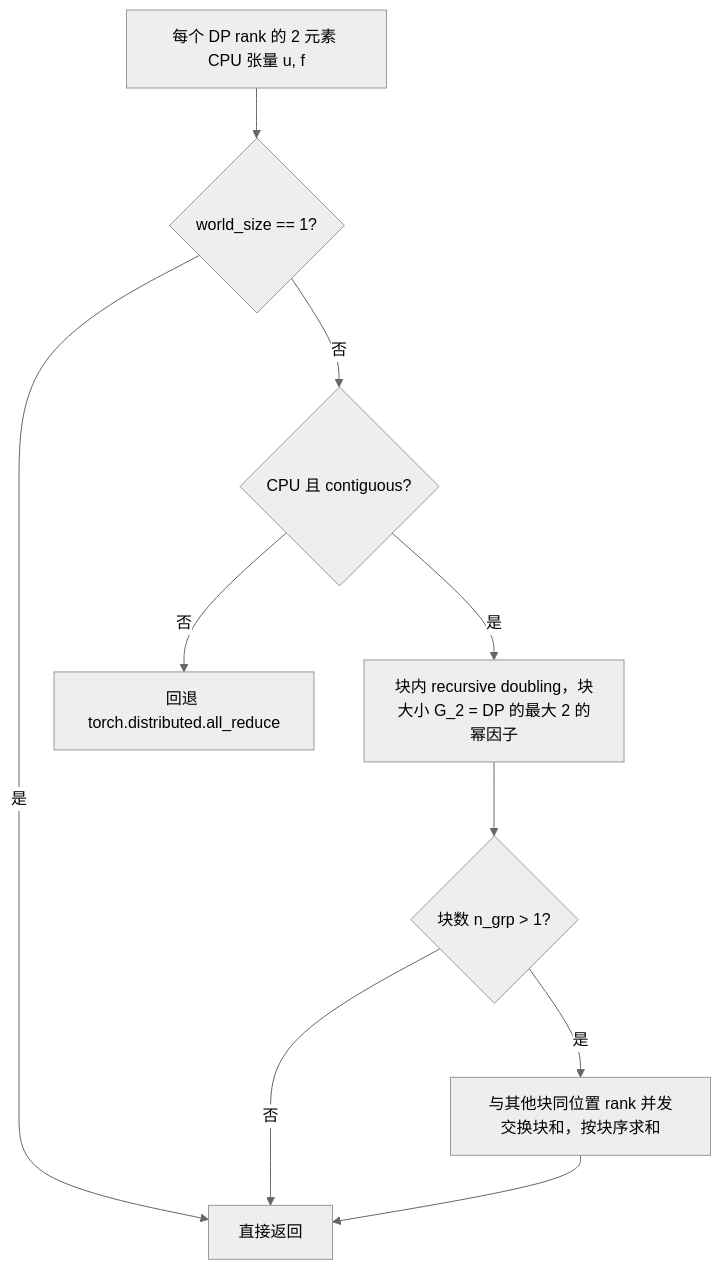
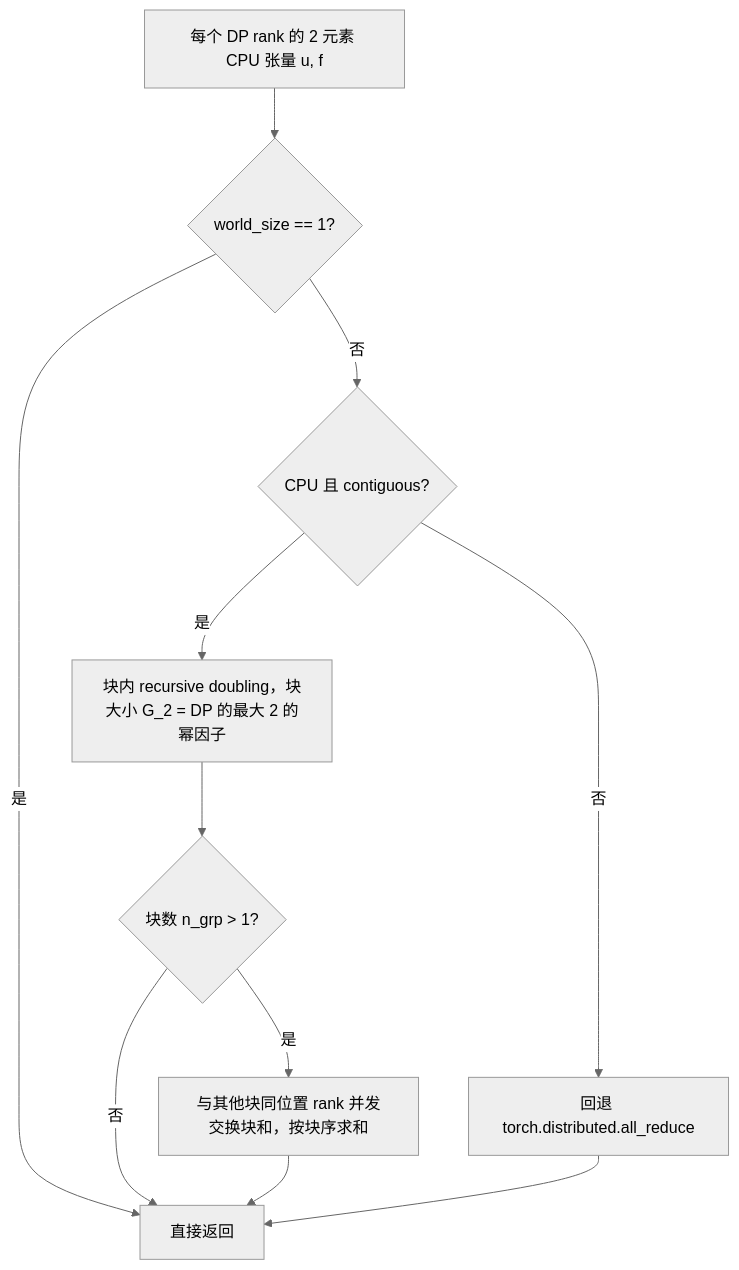
Before and after one commit to cluster1900/vllm_reader: diagram 20 of 37 in book/09-distributed/README.md, drawn with Mermaid (neutral theme). The commit also changed other lines of this file, not shown here.

First line of the commit message:
docs(ch09): B7a r2 — PCP 决策表组合限制、读图方法与源码记法校对

````diff
--- a/book/09-distributed/README.md
+++ b/book/09-distributed/README.md
@@ -1421,12 +1421,13 @@
 ```mermaid
 flowchart TD
     A[每个 DP rank 的 2 元素 CPU 张量 u, f] --> B{world_size == 1?}
     B -->|是| Z[直接返回]
     B -->|否| C{CPU 且 contiguous?}
     C -->|否| F[回退 torch.distributed.all_reduce]
     C -->|是| D[块内 recursive doubling，块大小 G_2 = DP 的最大 2 的幂因子]
     D --> E{块数 n_grp > 1?}
     E -->|否| Z
     E -->|是| G[与其他块同位置 rank 并发交换块和，按块序求和]
     G --> Z
+    F --> Z
 ```
````
